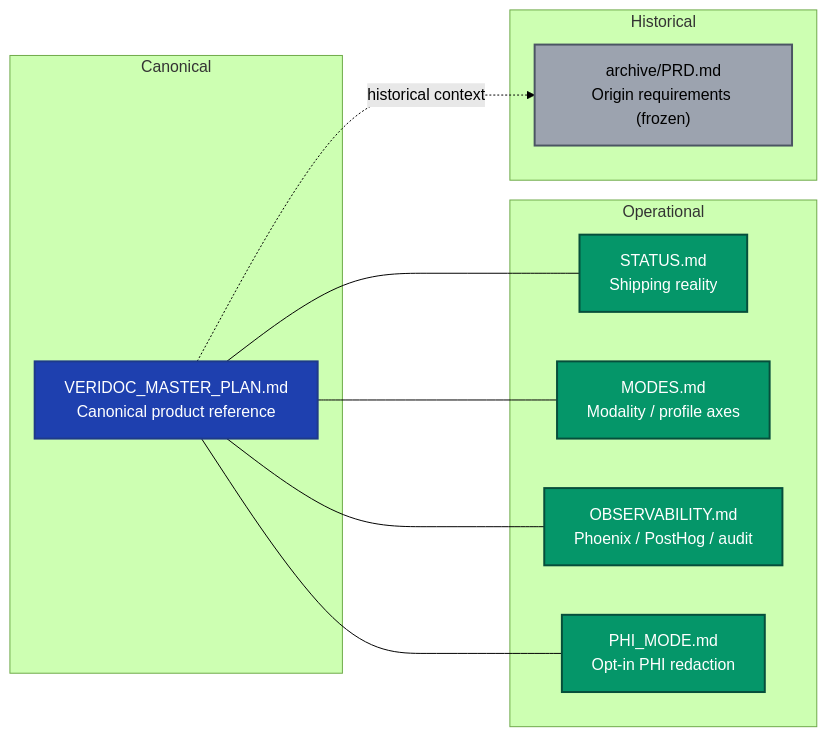
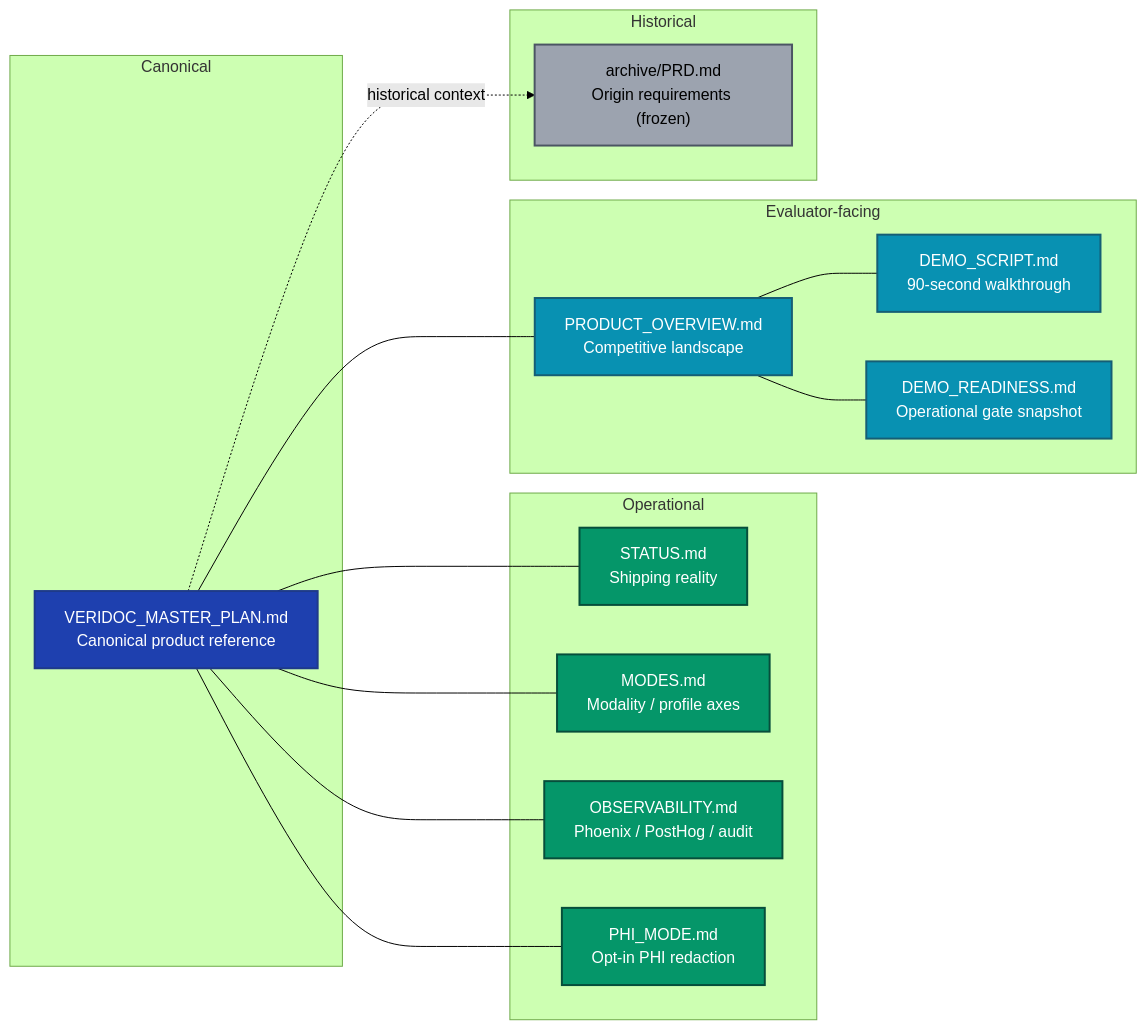
Before and after one commit to Rayyan9477/Agentic-Document-Extraction-PDF: the first of 3 diagrams in docs/README.md, drawn with Mermaid (forest theme). The commit also changed other lines of this file and 12 other files, not shown here.

````diff
--- a/docs/README.md
+++ b/docs/README.md
@@ -24,36 +30,49 @@
 ```mermaid
 %% Doc-tree overview: canonical reference, operational deep-dives, and frozen history.
 flowchart LR
     subgraph Canonical
         MP["VERIDOC_MASTER_PLAN.md<br/>Canonical product reference"]
     end
     subgraph Operational
         ST["STATUS.md<br/>Shipping reality"]
         MO["MODES.md<br/>Modality / profile axes"]
         OB["OBSERVABILITY.md<br/>Phoenix / PostHog / audit"]
         PH["PHI_MODE.md<br/>Opt-in PHI redaction"]
     end
+    subgraph External["Evaluator-facing"]
+        PO["PRODUCT_OVERVIEW.md<br/>Competitive landscape"]
+        DS["DEMO_SCRIPT.md<br/>90-second walkthrough"]
+        DR["DEMO_READINESS.md<br/>Operational gate snapshot"]
+    end
     subgraph Historical
         PR["archive/PRD.md<br/>Origin requirements (frozen)"]
     end
 
     MP --- ST
     MP --- MO
     MP --- OB
     MP --- PH
+    MP --- PO
+    PO --- DS
+    PO --- DR
     MP -.historical context.-> PR
 
     click MP "VERIDOC_MASTER_PLAN.md"
     click ST "STATUS.md"
     click MO "MODES.md"
     click OB "OBSERVABILITY.md"
     click PH "PHI_MODE.md"
+    click PO "PRODUCT_OVERVIEW.md"
+    click DS "DEMO_SCRIPT.md"
+    click DR "DEMO_READINESS.md"
     click PR "archive/PRD.md"
 
     classDef primary fill:#1e40af,stroke:#1e3a8a,color:#fff,stroke-width:2px
     classDef shipped fill:#059669,stroke:#064e3b,color:#fff,stroke-width:2px
+    classDef external fill:#0891b2,stroke:#155e75,color:#fff,stroke-width:2px
     classDef future fill:#9ca3af,stroke:#4b5563,color:#000,stroke-width:2px
     class MP primary
     class ST,MO,OB,PH shipped
+    class PO,DS,DR external
     class PR future
 ```
````
